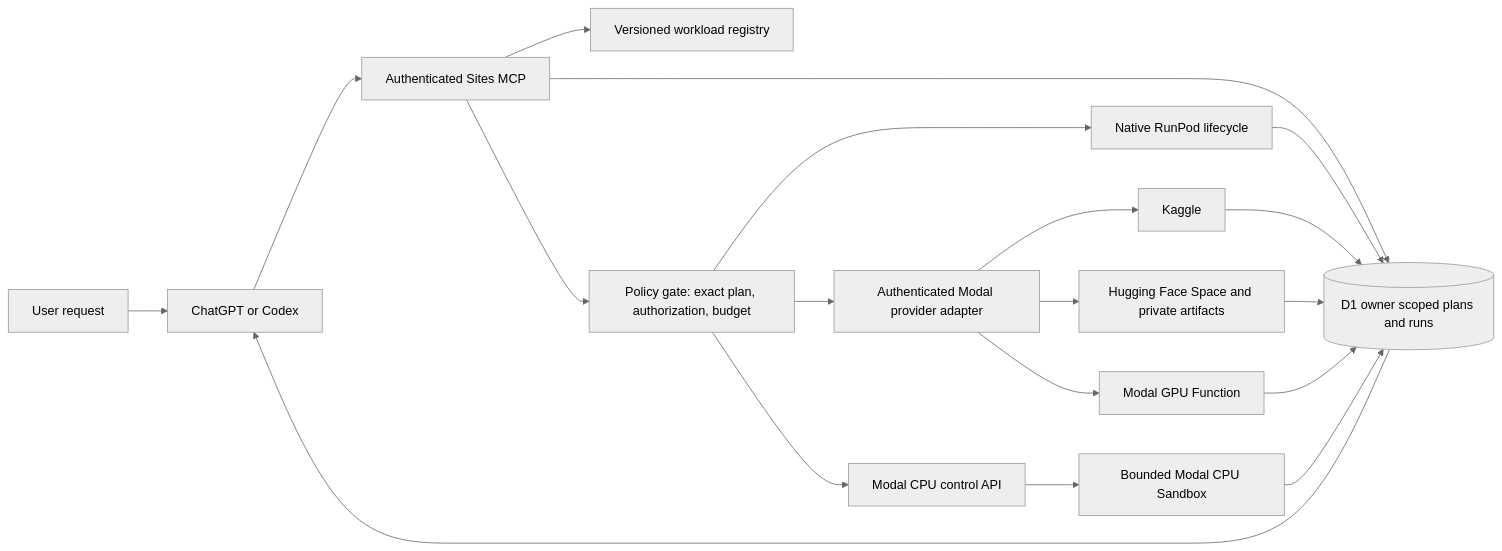
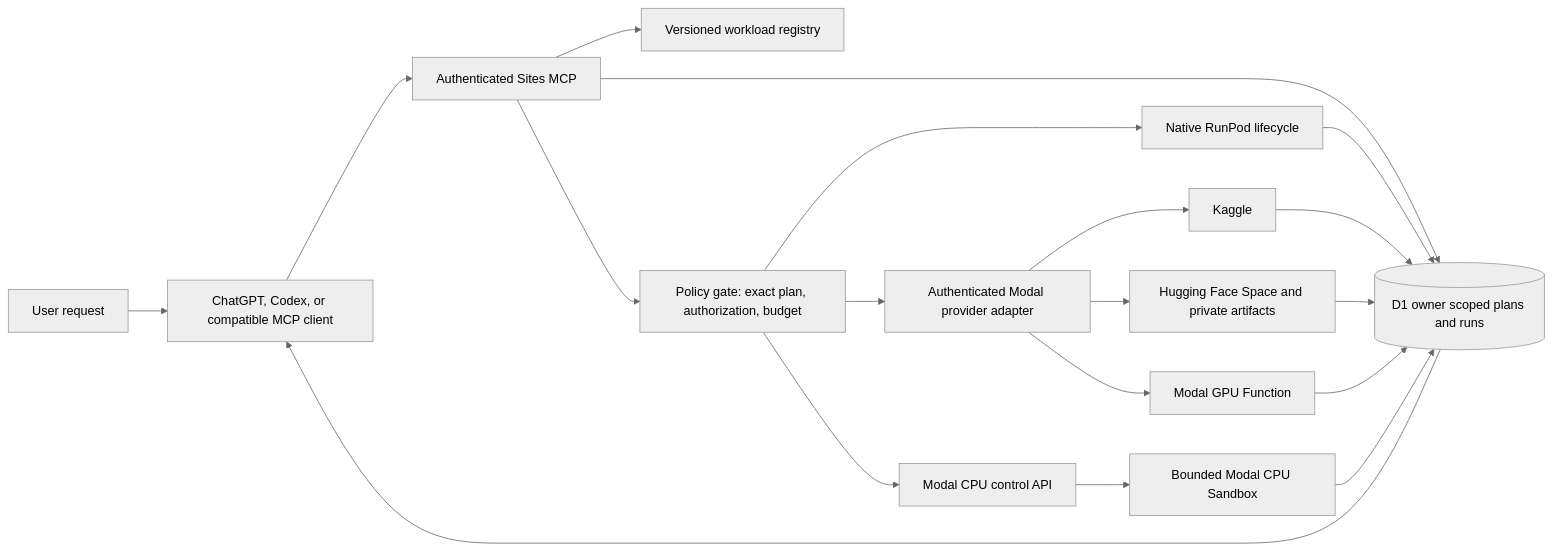
The diagram in docs/architecture/chat-operations.md (Unjuno/gpu-control), drawn with Mermaid (neutral theme) before and after one commit. The commit also changed other lines of this file and 12 other files, not shown here.

Commit message:
refactor: make MCP authorization guidance client-neutral

````diff
--- a/docs/architecture/chat-operations.md
+++ b/docs/architecture/chat-operations.md
@@ -7,21 +7,21 @@
 ```mermaid
 flowchart LR
-  U[User request] --> C[ChatGPT or Codex]
+  U[User request] --> C[ChatGPT, Codex, or compatible MCP client]
   C --> M[Authenticated Sites MCP]
   M --> R[Versioned workload registry]
   M --> D[(D1 owner scoped plans and runs)]
   M --> G[Policy gate: exact plan, authorization, budget]
   G --> N[Native RunPod lifecycle]
   G --> A[Authenticated Modal provider adapter]
   G --> P[Modal CPU control API]
   N --> D
   A --> K[Kaggle]
   A --> H[Hugging Face Space and private artifacts]
   A --> T[Modal GPU Function]
   P --> S[Bounded Modal CPU Sandbox]
   K --> D
   H --> D
   T --> D
   S --> D
   D --> C
 ```
````
